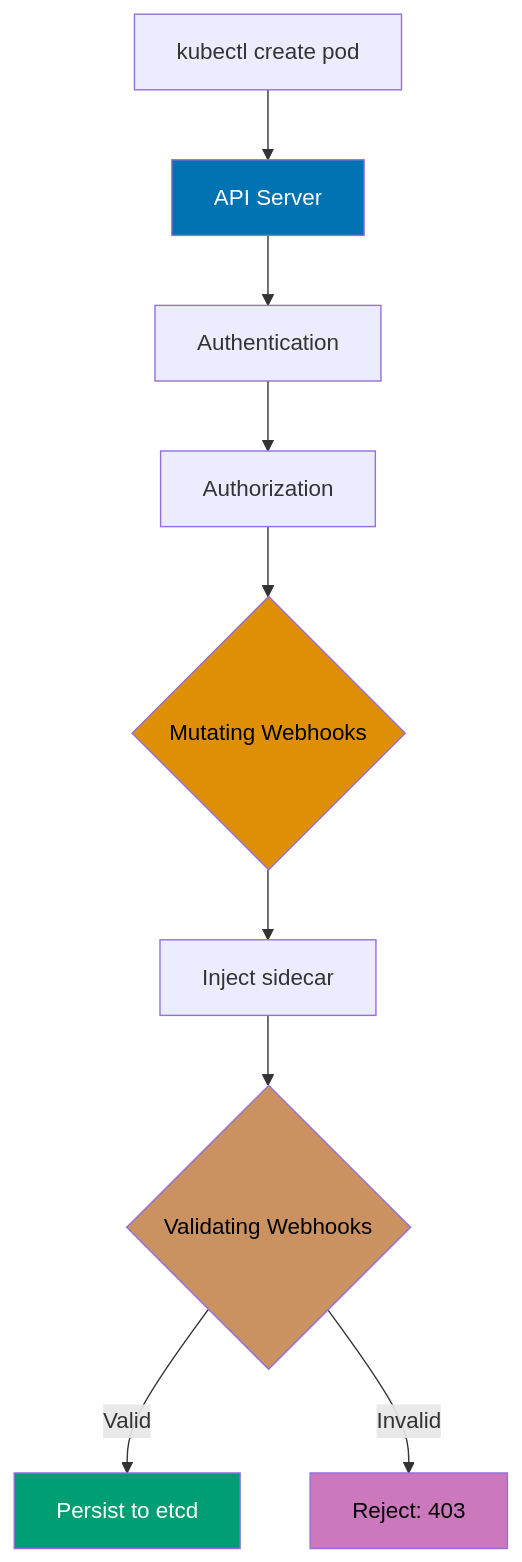
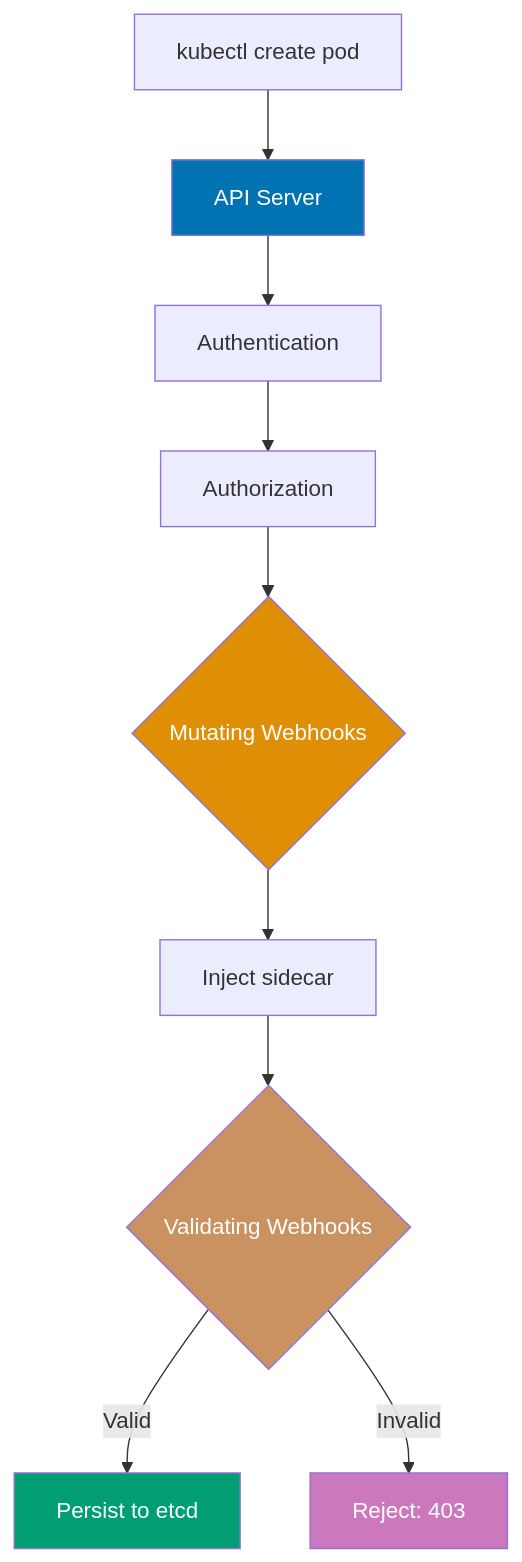
One commit to wahidyankf/open-sharia-enterprise changed the seventh of 14 diagrams in apps/ayokoding-web/content/en/learn/software-engineering/infrastructure/tools/kubernetes/by-example/advanced.md. Above: the diagram before and after it, drawn with Mermaid. The commit also changed other lines of this file and 61 other files, not shown here.

First line of the commit message:
fix(ayokoding-web): quote Mermaid node labels with special characters in Example 63

````diff
--- a/apps/ayokoding-web/content/en/learn/software-engineering/infrastructure/tools/kubernetes/by-example/advanced.md
+++ b/apps/ayokoding-web/content/en/learn/software-engineering/infrastructure/tools/kubernetes/by-example/advanced.md
@@ -2243,18 +2243,18 @@
 ```mermaid
 %% Admission webhook flow
 graph TD
     A[kubectl create pod] --> B[API Server]
     B --> C[Authentication]
     C --> D[Authorization]
     D --> E{Mutating Webhooks}
     E --> F[Inject sidecar]
     F --> G{Validating Webhooks}
     G -->|Valid| H[Persist to etcd]
     G -->|Invalid| I[Reject: 403]
 
     style B fill:#0173B2,color:#fff
-    style E fill:#DE8F05,color:#000
-    style G fill:#CA9161,color:#000
+    style E fill:#DE8F05,color:#fff
+    style G fill:#CA9161,color:#fff
     style H fill:#029E73,color:#fff
-    style I fill:#CC78BC,color:#000
+    style I fill:#CC78BC,color:#fff
 ```
````
